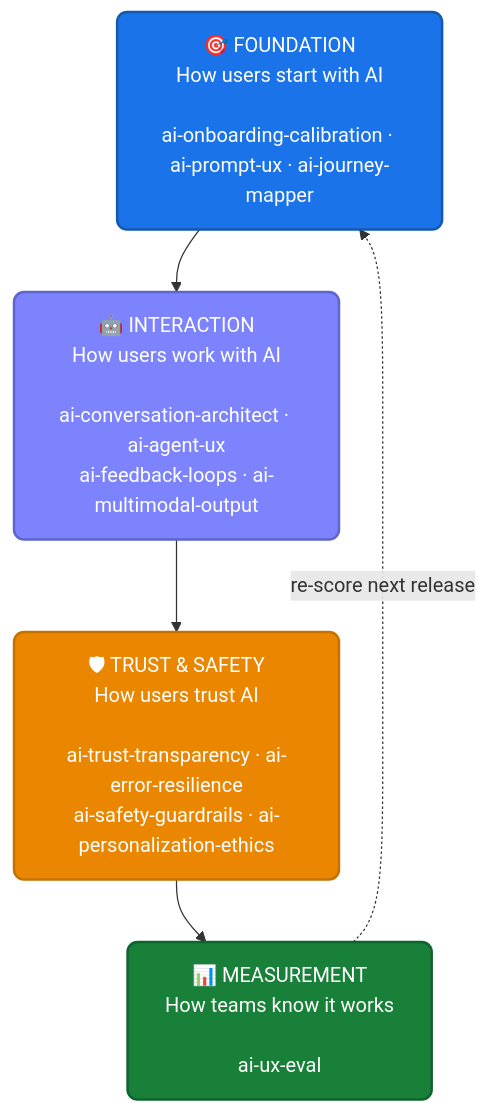
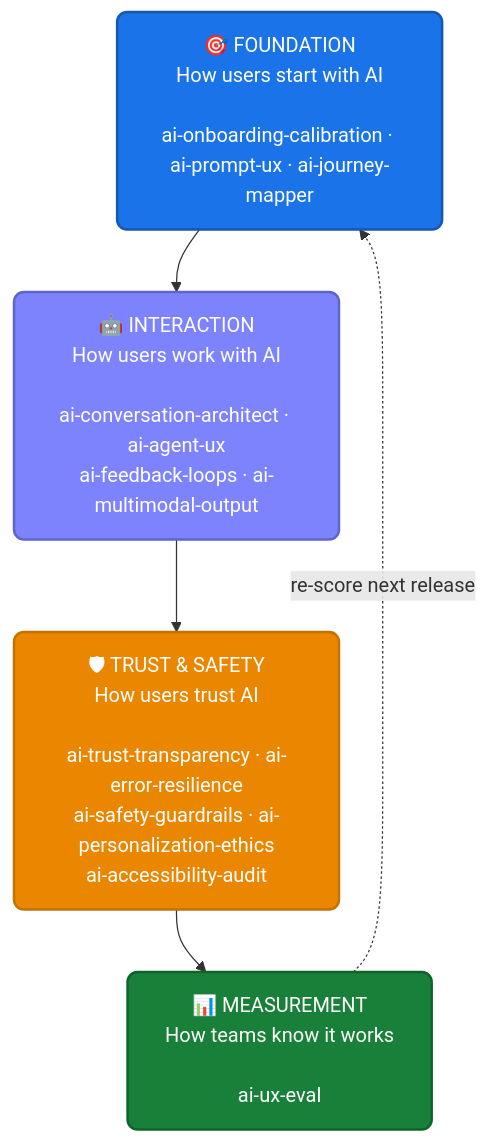
One commit to varunk130/ai-ux-skill-library changed the diagram in README.md. Above: the diagram before and after it, drawn with Mermaid.

Commit message:
Include ai-accessibility-audit in the architecture diagram

````diff
--- a/README.md
+++ b/README.md
@@ -71,19 +71,19 @@
 ```mermaid
 flowchart TD
     F["🎯 FOUNDATION<br/>How users start with AI<br/><br/>ai-onboarding-calibration · ai-prompt-ux · ai-journey-mapper"]
     I["🤖 INTERACTION<br/>How users work with AI<br/><br/>ai-conversation-architect · ai-agent-ux<br/>ai-feedback-loops · ai-multimodal-output"]
-    T["🛡 TRUST & SAFETY<br/>How users trust AI<br/><br/>ai-trust-transparency · ai-error-resilience<br/>ai-safety-guardrails · ai-personalization-ethics"]
+    T["🛡 TRUST & SAFETY<br/>How users trust AI<br/><br/>ai-trust-transparency · ai-error-resilience<br/>ai-safety-guardrails · ai-personalization-ethics<br/>ai-accessibility-audit"]
     M["📊 MEASUREMENT<br/>How teams know it works<br/><br/>ai-ux-eval"]
 
     F --> I --> T --> M
     M -.->|re-score next release| F
 
     classDef foundation fill:#1a73e8,color:#fff,stroke:#1558b0,stroke-width:2px,rx:8,ry:8
     classDef interact fill:#7C83FD,color:#fff,stroke:#5F65CC,stroke-width:2px,rx:8,ry:8
     classDef trust fill:#ea8600,color:#fff,stroke:#c57200,stroke-width:2px,rx:8,ry:8
     classDef measure fill:#188038,color:#fff,stroke:#0d652d,stroke-width:2px,rx:8,ry:8
     class F foundation
     class I interact
     class T trust
     class M measure
 ```
````
